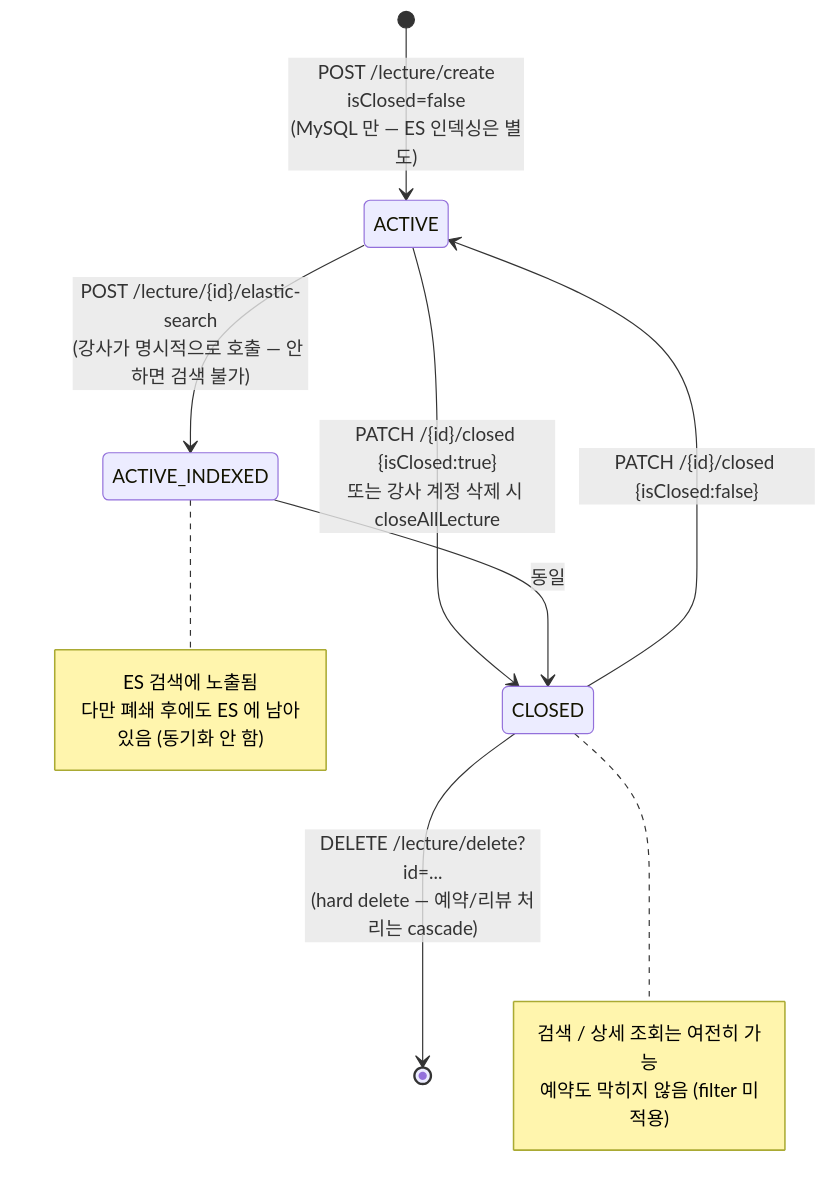
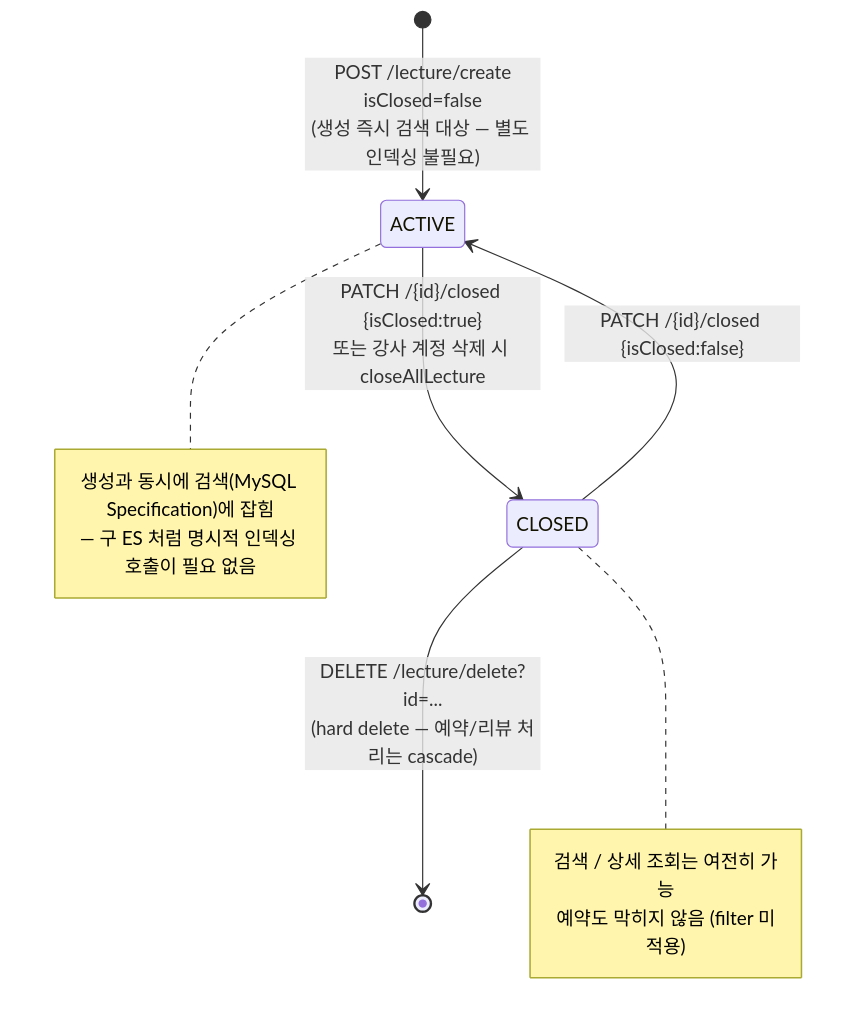
Before and after one commit to pungdong/Pungdong-Backend: the second of 8 diagrams in docs/architecture/lecture.md, drawn with Mermaid. The commit also changed other lines of this file and 7 other files, not shown here.

````diff
--- a/docs/architecture/lecture.md
+++ b/docs/architecture/lecture.md
@@ -89,18 +79,16 @@
 ```mermaid
 stateDiagram-v2
-    [*] --> ACTIVE: POST /lecture/create<br/>isClosed=false<br/>(MySQL 만 — ES 인덱싱은 별도)
-    ACTIVE --> ACTIVE_INDEXED: POST /lecture/{id}/elastic-search<br/>(강사가 명시적으로 호출 — 안 하면 검색 불가)
+    [*] --> ACTIVE: POST /lecture/create<br/>isClosed=false<br/>(생성 즉시 검색 대상 — 별도 인덱싱 불필요)
     ACTIVE --> CLOSED: PATCH /{id}/closed {isClosed:true}<br/>또는 강사 계정 삭제 시 closeAllLecture
-    ACTIVE_INDEXED --> CLOSED: 동일
     CLOSED --> ACTIVE: PATCH /{id}/closed {isClosed:false}
     CLOSED --> [*]: DELETE /lecture/delete?id=...<br/>(hard delete — 예약/리뷰 처리는 cascade)
 
-    note right of ACTIVE_INDEXED
-        ES 검색에 노출됨
-        다만 폐쇄 후에도 ES 에 남아있음 (동기화 안 함)
+    note right of ACTIVE
+        생성과 동시에 검색(MySQL Specification)에 잡힘
+        — 구 ES 처럼 명시적 인덱싱 호출이 필요 없음
     end note
     note right of CLOSED
         검색 / 상세 조회는 여전히 가능
         예약도 막히지 않음 (filter 미적용)
     end note
 ```
````
